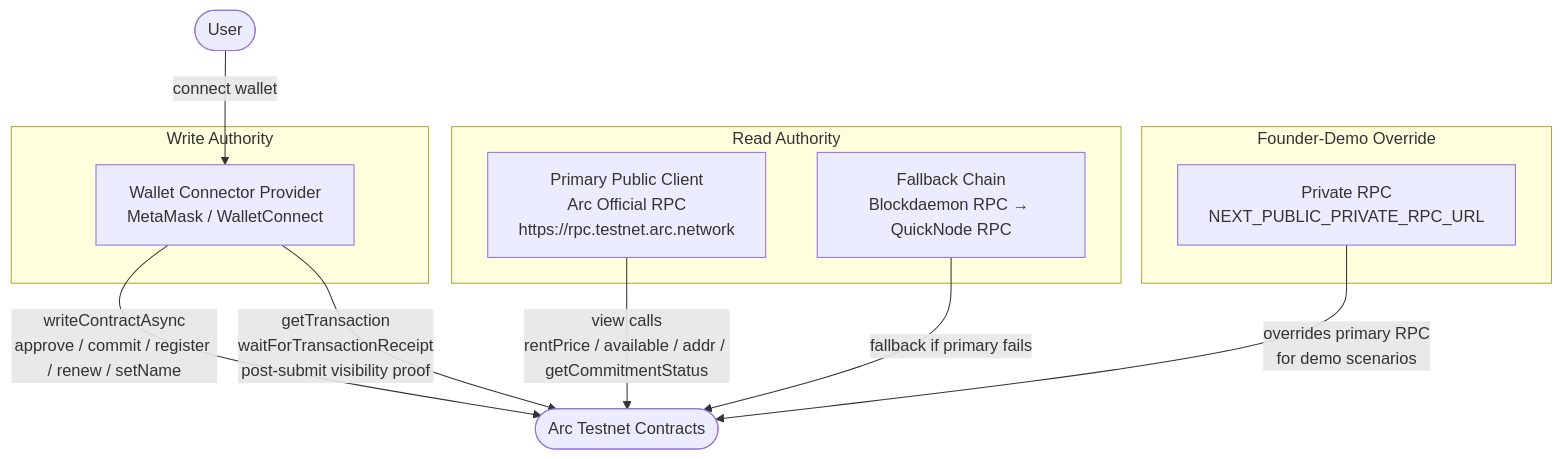
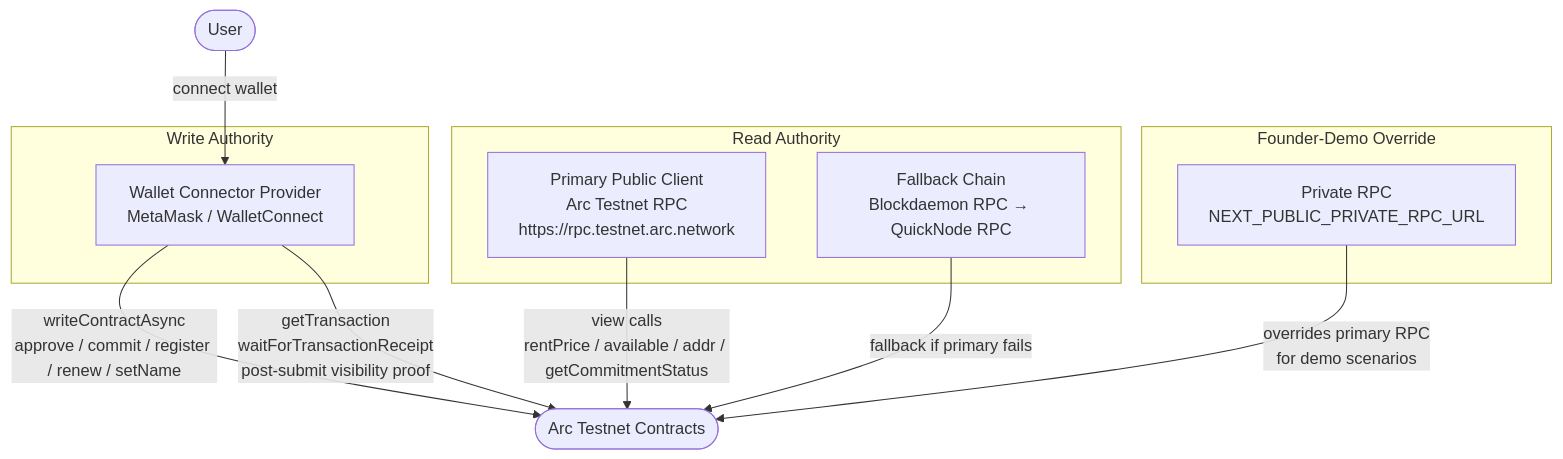
The first of 3 diagrams in docs/design/frontend-runtime-model.md (khenzarr/arcns), drawn with Mermaid before and after one commit. The commit also changed 24 other files, not shown here.

````diff
--- a/docs/design/frontend-runtime-model.md
+++ b/docs/design/frontend-runtime-model.md
@@ -16,26 +16,26 @@
 ```mermaid
 graph TD
     subgraph "Write Authority"
         WC[Wallet Connector Provider\nMetaMask / WalletConnect]
     end
 
     subgraph "Read Authority"
-        PRC[Primary Public Client\nArc Official RPC\nhttps://rpc.testnet.arc.network]
+        PRC[Primary Public Client\nArc Testnet RPC\nhttps://rpc.testnet.arc.network]
         FB[Fallback Chain\nBlockdaemon RPC → QuickNode RPC]
     end
 
     subgraph "Founder-Demo Override"
         PRPC[Private RPC\nNEXT_PUBLIC_PRIVATE_RPC_URL]
     end
 
     User([User])
     Contracts([Arc Testnet Contracts])
 
     User -->|connect wallet| WC
     WC -->|writeContractAsync\napprove / commit / register / renew / setName| Contracts
     WC -->|getTransaction\nwaitForTransactionReceipt\npost-submit visibility proof| Contracts
 
     PRC -->|view calls\nrentPrice / available / addr / getCommitmentStatus| Contracts
     FB -->|fallback if primary fails| Contracts
     PRPC -->|overrides primary RPC\nfor demo scenarios| Contracts
 ```
````
